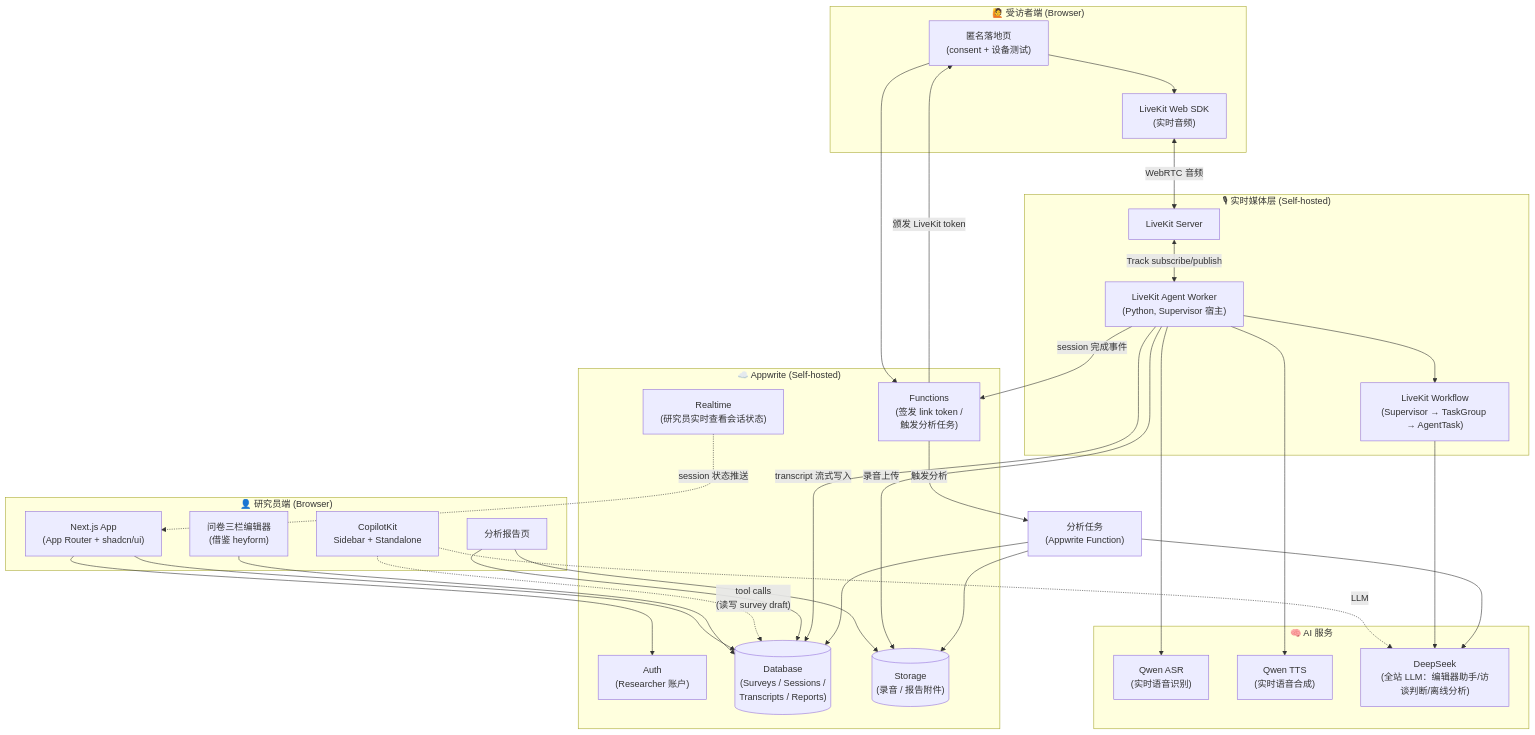
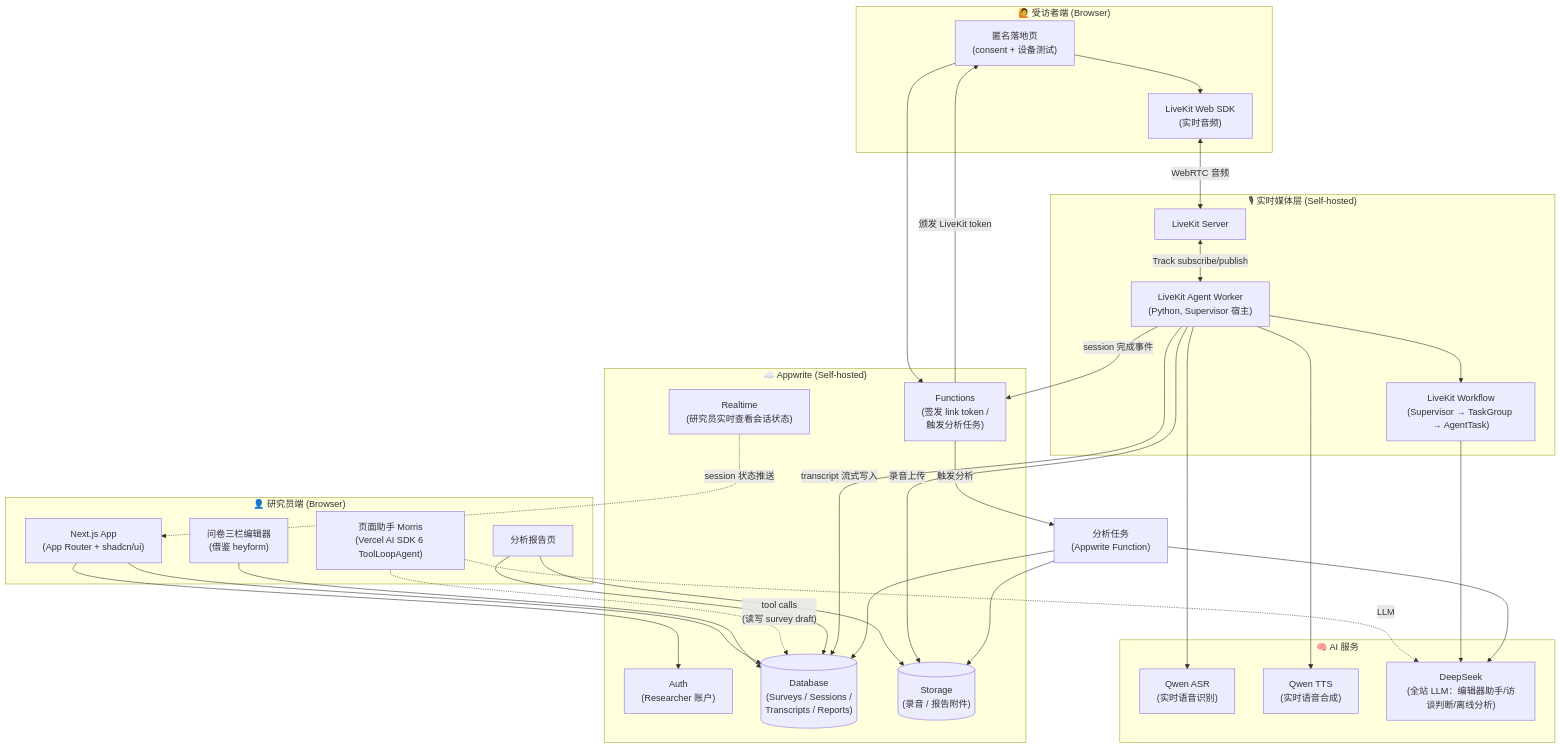
The first of 6 diagrams in .kiro/specs/foundation-setup/design.md (zhangsiyu0202-coder/Morris), drawn with Mermaid before and after one commit. The commit also changed other lines of this file and 83 other files, not shown here.

````diff
--- a/.kiro/specs/foundation-setup/design.md
+++ b/.kiro/specs/foundation-setup/design.md
@@ -71,64 +73,64 @@
 ```mermaid
 flowchart TB
     subgraph Researcher["👤 研究员端 (Browser)"]
         R_UI["Next.js App<br/>(App Router + shadcn/ui)"]
         R_Editor["问卷三栏编辑器<br/>(借鉴 heyform)"]
-        R_Copilot["CopilotKit<br/>Sidebar + Standalone"]
+        R_Assistant["页面助手 Morris<br/>(Vercel AI SDK 6 ToolLoopAgent)"]
         R_Reports["分析报告页"]
     end
 
     subgraph Interviewee["🙋 受访者端 (Browser)"]
         I_Landing["匿名落地页<br/>(consent + 设备测试)"]
         I_Room["LiveKit Web SDK<br/>(实时音频)"]
     end
 
     subgraph Backend["☁️ Appwrite (Self-hosted)"]
         A_Auth["Auth<br/>(Researcher 账户)"]
         A_DB[("Database<br/>(Surveys / Sessions /<br/>Transcripts / Reports)")]
         A_Storage[("Storage<br/>(录音 / 报告附件)")]
         A_Functions["Functions<br/>(签发 link token /<br/>触发分析任务)"]
         A_Realtime["Realtime<br/>(研究员实时查看会话状态)"]
     end
 
     subgraph Media["🎙 实时媒体层 (Self-hosted)"]
         LK_Server["LiveKit Server"]
         LK_Agent["LiveKit Agent Worker<br/>(Python, Supervisor 宿主)"]
         LK_Workflow["LiveKit Workflow<br/>(Supervisor → TaskGroup → AgentTask)"]
     end
 
     subgraph AIServices["🧠 AI 服务"]
         ASR_Qwen["Qwen ASR<br/>(实时语音识别)"]
         TTS_Qwen["Qwen TTS<br/>(实时语音合成)"]
         LLM_DS["DeepSeek<br/>(全站 LLM：编辑器助手/访谈判断/离线分析)"]
     end
 
     R_UI --> A_Auth
     R_UI --> A_DB
     R_Editor --> A_DB
-    R_Copilot -. "tool calls<br/>(读写 survey draft)" .-> A_DB
-    R_Copilot -. "LLM" .-> LLM_DS
+    R_Assistant -. "tool calls<br/>(读写 survey draft)" .-> A_DB
+    R_Assistant -. "LLM" .-> LLM_DS
     R_Reports --> A_DB
     R_Reports --> A_Storage
 
     I_Landing --> A_Functions
     A_Functions -- "颁发 LiveKit token" --> I_Landing
     I_Landing --> I_Room
     I_Room <-->|"WebRTC 音频"| LK_Server
     LK_Server <-->|"Track subscribe/publish"| LK_Agent
 
     LK_Agent --> LK_Workflow
     LK_Agent --> ASR_Qwen
     LK_Agent --> TTS_Qwen
     LK_Workflow --> LLM_DS
 
     LK_Agent -- "session 完成事件" --> A_Functions
     LK_Agent -- "transcript 流式写入" --> A_DB
     LK_Agent -- "录音上传" --> A_Storage
 
     A_Functions -- "触发分析" --> Analysis["分析任务<br/>(Appwrite Function)"]
     Analysis --> LLM_DS
     Analysis --> A_DB
     Analysis --> A_Storage
 
     A_Realtime -. "session 状态推送" .-> R_UI
 ```
````
